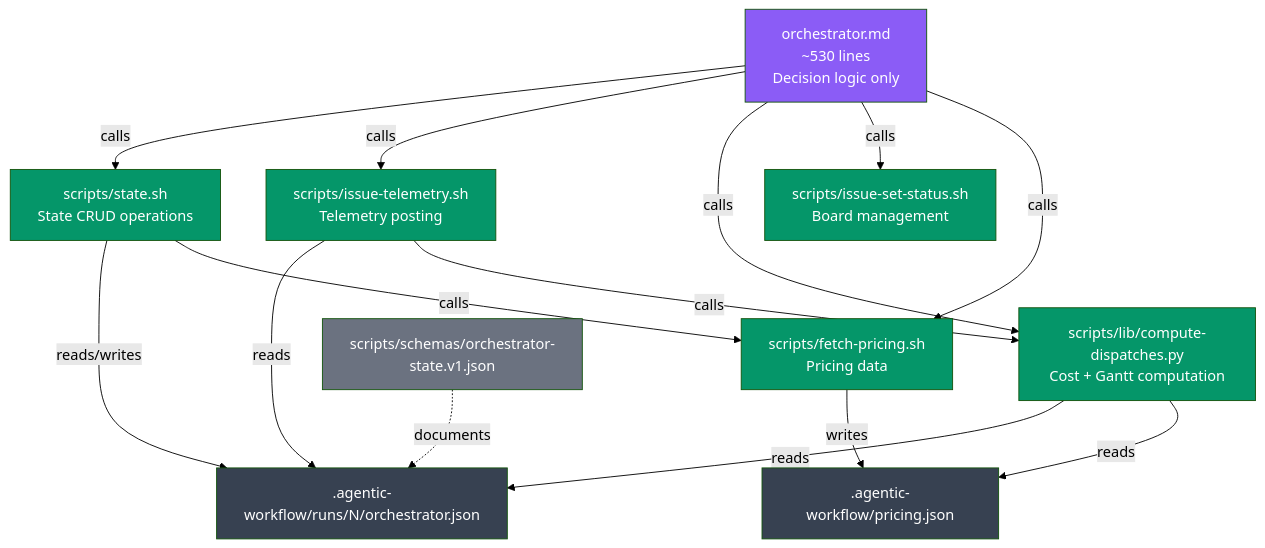
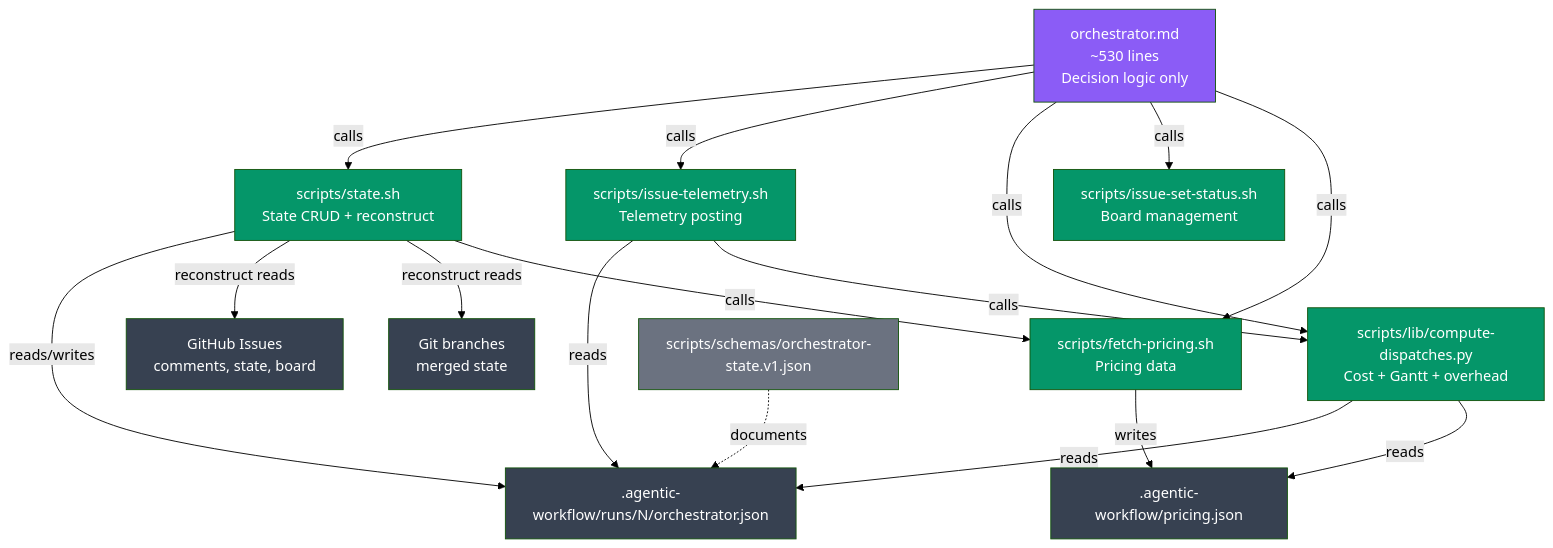
The diagram in docs/2-design/2026-03-17-split-orchestrator-md.md (carlosboeing/agentic-sdlc-workflow), drawn with Mermaid (forest theme) before and after one commit. The commit also changed other lines of this file, not shown here.

````diff
--- a/docs/2-design/2026-03-17-split-orchestrator-md.md
+++ b/docs/2-design/2026-03-17-split-orchestrator-md.md
@@ -196,28 +234,32 @@
 ```mermaid
 graph TD
-    O[orchestrator.md<br/>~530 lines<br/>Decision logic only] -->|calls| ST[scripts/state.sh<br/>State CRUD operations]
+    O[orchestrator.md<br/>~530 lines<br/>Decision logic only] -->|calls| ST[scripts/state.sh<br/>State CRUD + reconstruct]
     O -->|calls| IT[scripts/issue-telemetry.sh<br/>Telemetry posting]
-    O -->|calls| CD[scripts/lib/compute-dispatches.py<br/>Cost + Gantt computation]
+    O -->|calls| CD[scripts/lib/compute-dispatches.py<br/>Cost + Gantt + overhead]
     O -->|calls| IS[scripts/issue-set-status.sh<br/>Board management]
     O -->|calls| FP[scripts/fetch-pricing.sh<br/>Pricing data]
 
     ST -->|reads/writes| SF[.agentic-workflow/runs/N/orchestrator.json]
+    ST -->|reconstruct reads| GH[GitHub Issues<br/>comments, state, board]
+    ST -->|reconstruct reads| GB[Git branches<br/>merged state]
     IT -->|reads| SF
     IT -->|calls| CD
     CD -->|reads| SF
     CD -->|reads| PR[.agentic-workflow/pricing.json]
     FP -->|writes| PR
     ST -->|calls| FP
 
     SC[scripts/schemas/orchestrator-state.v1.json] -.->|documents| SF
 
     style O fill:#8b5cf6,color:#fff
     style ST fill:#059669,color:#fff
     style CD fill:#059669,color:#fff
     style IT fill:#059669,color:#fff
     style IS fill:#059669,color:#fff
     style FP fill:#059669,color:#fff
     style SF fill:#374151,color:#fff
     style PR fill:#374151,color:#fff
     style SC fill:#6b7280,color:#fff
+    style GH fill:#374151,color:#fff
+    style GB fill:#374151,color:#fff
 ```
````
